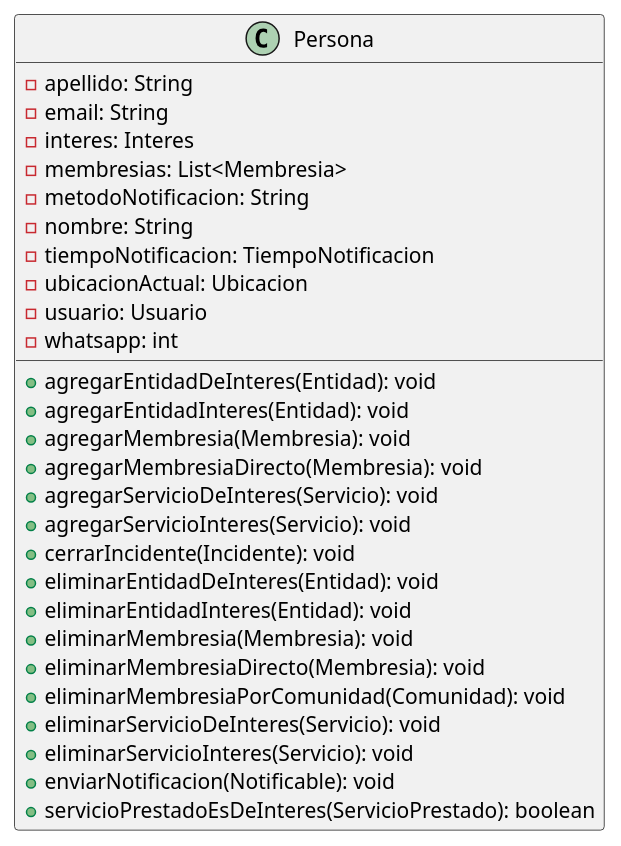
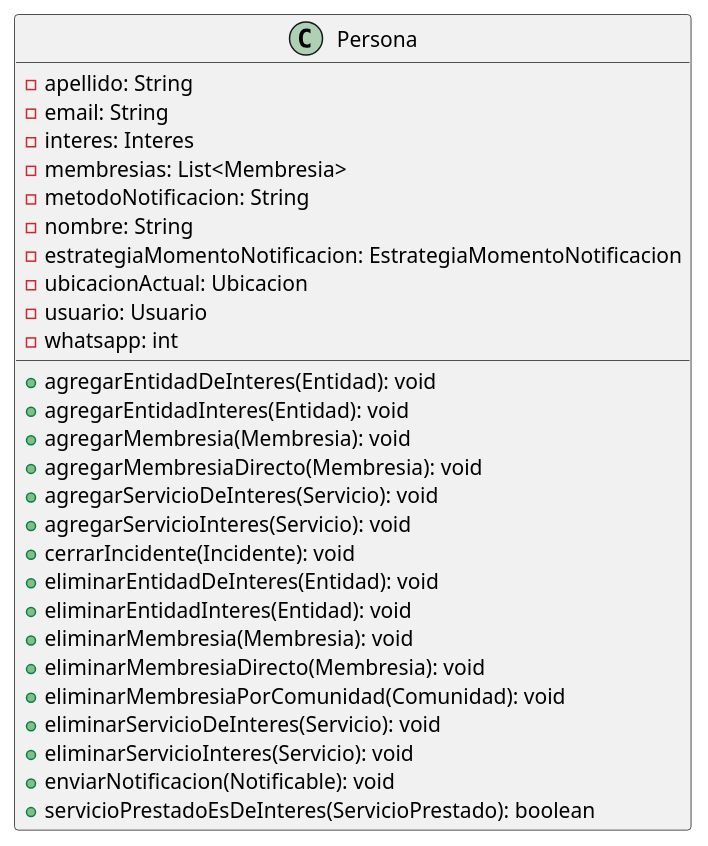
Before and after one commit to mbertogliati/dds-tpa: the diagram in DC/E3/domain/comunidades/Persona.puml, drawn with PlantUML. The commit also changed 12 other files, not shown here.

```diff
--- a/DC/E3/domain/comunidades/Persona.puml
+++ b/DC/E3/domain/comunidades/Persona.puml
@@ -1,36 +1,36 @@
 @startuml
 'https://plantuml.com/class-diagram
 
 skinparam linetype ortho
 
 
 class Persona {
   - apellido: String
   - email: String
   - interes: Interes
   - membresias: List<Membresia>
   - metodoNotificacion: String
   - nombre: String
-  - tiempoNotificacion: TiempoNotificacion
+  - estrategiaMomentoNotificacion: EstrategiaMomentoNotificacion
   - ubicacionActual: Ubicacion
   - usuario: Usuario
   - whatsapp: int
 
   + agregarEntidadDeInteres(Entidad): void
   + agregarEntidadInteres(Entidad): void
   + agregarMembresia(Membresia): void
   + agregarMembresiaDirecto(Membresia): void
   + agregarServicioDeInteres(Servicio): void
   + agregarServicioInteres(Servicio): void
   + cerrarIncidente(Incidente): void
   + eliminarEntidadDeInteres(Entidad): void
   + eliminarEntidadInteres(Entidad): void
   + eliminarMembresia(Membresia): void
   + eliminarMembresiaDirecto(Membresia): void
   + eliminarMembresiaPorComunidad(Comunidad): void
   + eliminarServicioDeInteres(Servicio): void
   + eliminarServicioInteres(Servicio): void
   + enviarNotificacion(Notificable): void
   + servicioPrestadoEsDeInteres(ServicioPrestado): boolean
   }
 @enduml
```
